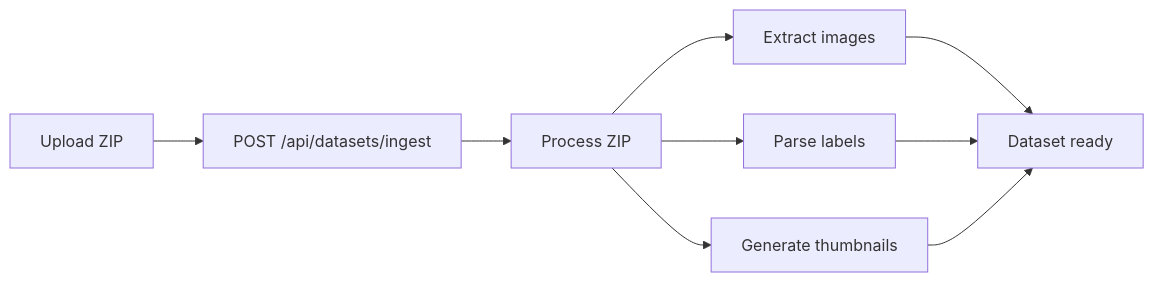
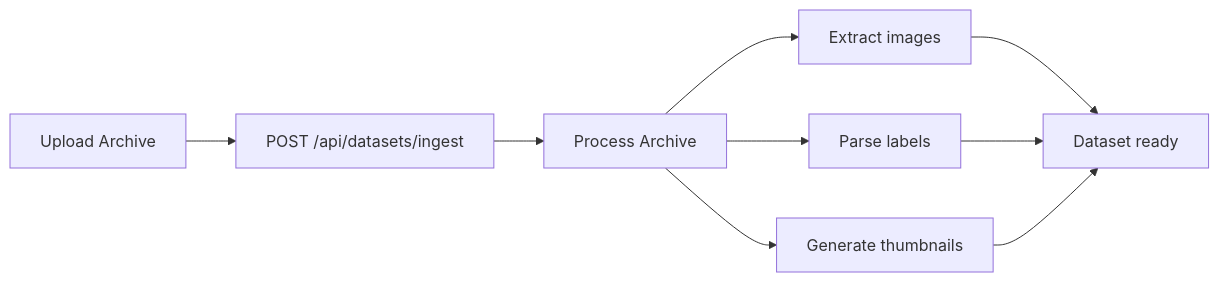
Before and after one commit to medusa717/AI-ULTRALYTICS: the second of 4 diagrams in docs/en/platform/api/index.md, drawn with Mermaid. The commit also changed other lines of this file and 6 other files, not shown here.

````diff
--- a/docs/en/platform/api/index.md
+++ b/docs/en/platform/api/index.md
@@ -521,9 +521,9 @@
 ```mermaid
 graph LR
-    A[Upload ZIP] --> B[POST /api/datasets/ingest]
-    B --> C[Process ZIP]
+    A[Upload Archive] --> B[POST /api/datasets/ingest]
+    B --> C[Process Archive]
     C --> D[Extract images]
     C --> E[Parse labels]
     C --> F[Generate thumbnails]
     D & E & F --> G[Dataset ready]
 ```
````
